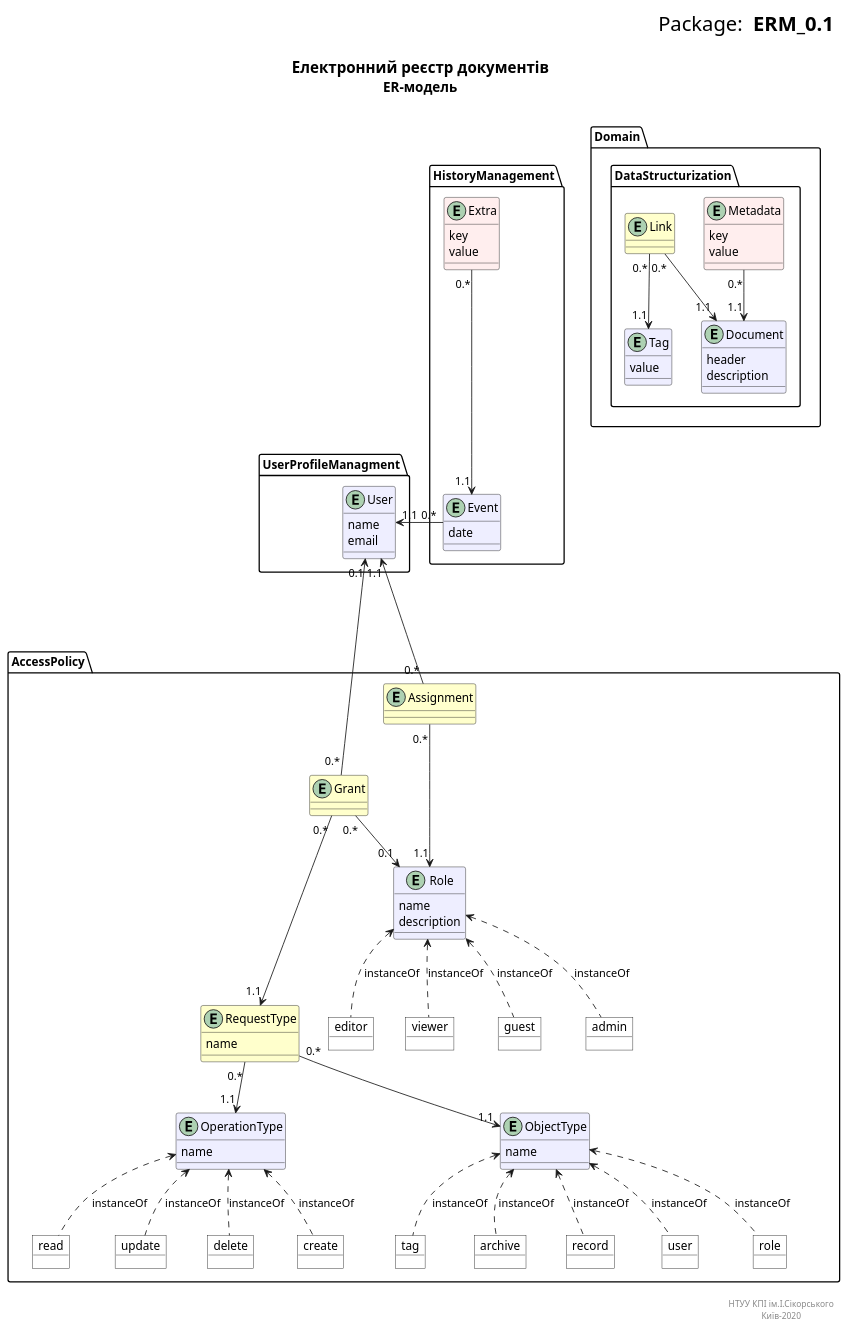
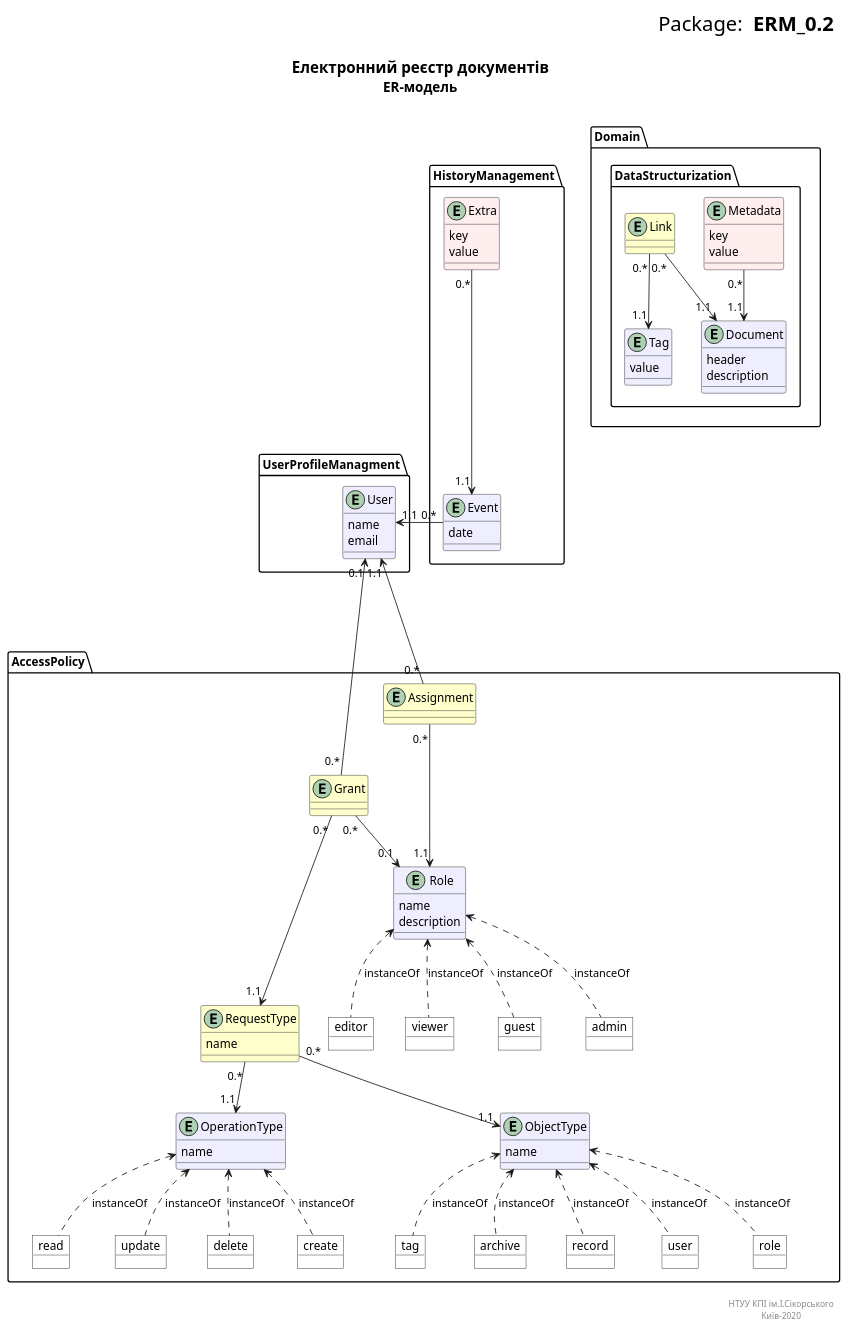
Before and after one commit to G1gg1L3s/ERD: the diagram in files/chart/erm/ERM_0.2.puml, drawn with PlantUML.

```diff
--- a/files/chart/erm/ERM_0.2.puml
+++ b/files/chart/erm/ERM_0.2.puml
@@ -1,135 +1,135 @@
 @startuml
 right header
-<font size=24 color=black>Package: <b> ERM_0.1
+<font size=24 color=black>Package: <b> ERM_0.2
 
 end header
 
 title
 <font size=18 color=black> Електронний реєстр документів
 <font size=16 color=black> ER-модель
 
 end title
 
 package Domain {
 	
 	package DataStructurization {
 		entity Document #eeeeff {
 			header
 			description
 		}
 		
 		entity Metadata #ffeeee {
                         key
                         value
                 }
 
 		entity Tag #eeeeff {
 			value
 		}
 	
 		entity Link #ffffcc
 	
 	}
 }
 
 
 package AccessPolicy {
 	
 	entity Role #eeeeff {
 		name
 		description
 	}
 
 	entity Assignment #ffffcc
 	
 	entity OperationType #eeeeff {
 		name
 	}
 	
 	entity ObjectType #eeeeff {
 		name
 	}
 	
 	entity RequestType #ffffcc {
 		name
 	}
 	
 	entity Grant #ffffcc
 	
 	object archive #ffffff
 	object record #ffffff
 	object user #ffffff
 	object role #ffffff
 	object tag #ffffff
 	
 	
 	object create #ffffff
 	object read #ffffff
 	object update #ffffff
 	object delete #ffffff
 	
 	object admin #ffffff
 	object editor #ffffff
 	object viewer #ffffff
 	object guest #ffffff
 }
 
 package UserProfileManagment {
 	entity User #eeeeff {
 		name
 		email
 	}
 }
 
 
 package HistoryManagement {
         entity Event #eeeeff {
                 date
         }
         entity Extra #ffeeee {
                 key
                 value
         }
 }
 
 Link "0.*" --> "1.1" Document
 Link "0.*" --> "1.1" Tag
 
 Metadata "0.*" --> "1.1" Document
 
 Assignment "0.*" ---> "1.1" User
 Assignment "0.*" ---> "1.1" Role
 
 RequestType "0.*" --> "1.1" OperationType
 RequestType "0.*" --> "1.1" ObjectType
 
 Grant "0.*" ---u-> "0.1" User
 Grant "0.*" --> "0.1" Role
 Grant "0.*" ---> "1.1" RequestType
 
 Event "0.*" -l---> "1.1" User
 
 Extra "0.*" ---> "1.1" Event
 
 ObjectType <.. archive : instanceOf
 ObjectType <.. record : instanceOf
 ObjectType <.. user : instanceOf
 ObjectType <.. role : instanceOf
 ObjectType <.. tag : instanceOf
 
 OperationType <.. create : instanceOf
 OperationType <.. read : instanceOf
 OperationType <.. update : instanceOf
 OperationType <.. delete : instanceOf
 
 Role <.. admin : instanceOf
 Role <.. editor : instanceOf
 Role <.. viewer : instanceOf
 Role <.. guest : instanceOf
 
 right footer
 
 НТУУ КПІ ім.І.Сікорського
 Київ-2020
 end footer
 @enduml
```
